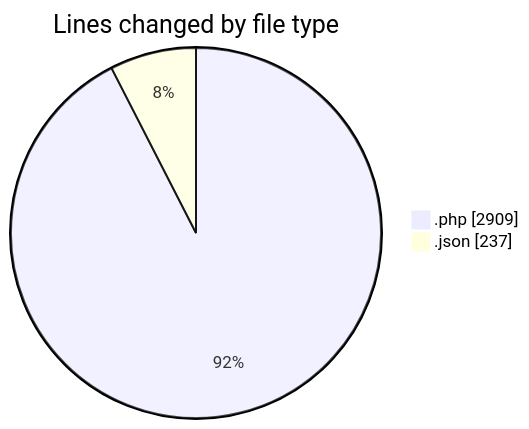
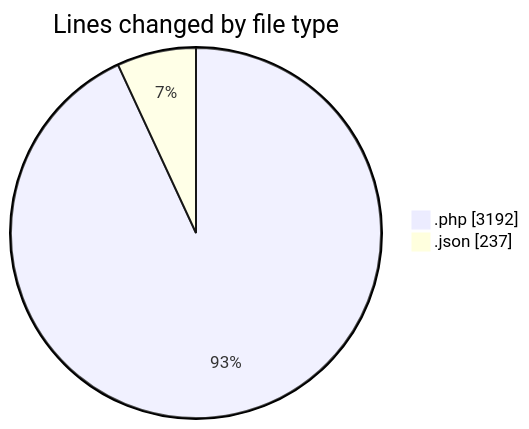
The first of 2 diagrams in 2025-06-06/sewa-mobil/README.md (idhammustaqopulfikri/code-tracking), drawn with Mermaid before and after one commit. The commit also changed other lines of this file and 1 other file, not shown here.

````diff
--- a/2025-06-06/sewa-mobil/README.md
+++ b/2025-06-06/sewa-mobil/README.md
@@ -25,6 +27,6 @@
 ```mermaid
 pie showData
 title Lines changed by file type
-".php" : 2909
+".php" : 3192
 ".json" : 237
 ```
````
